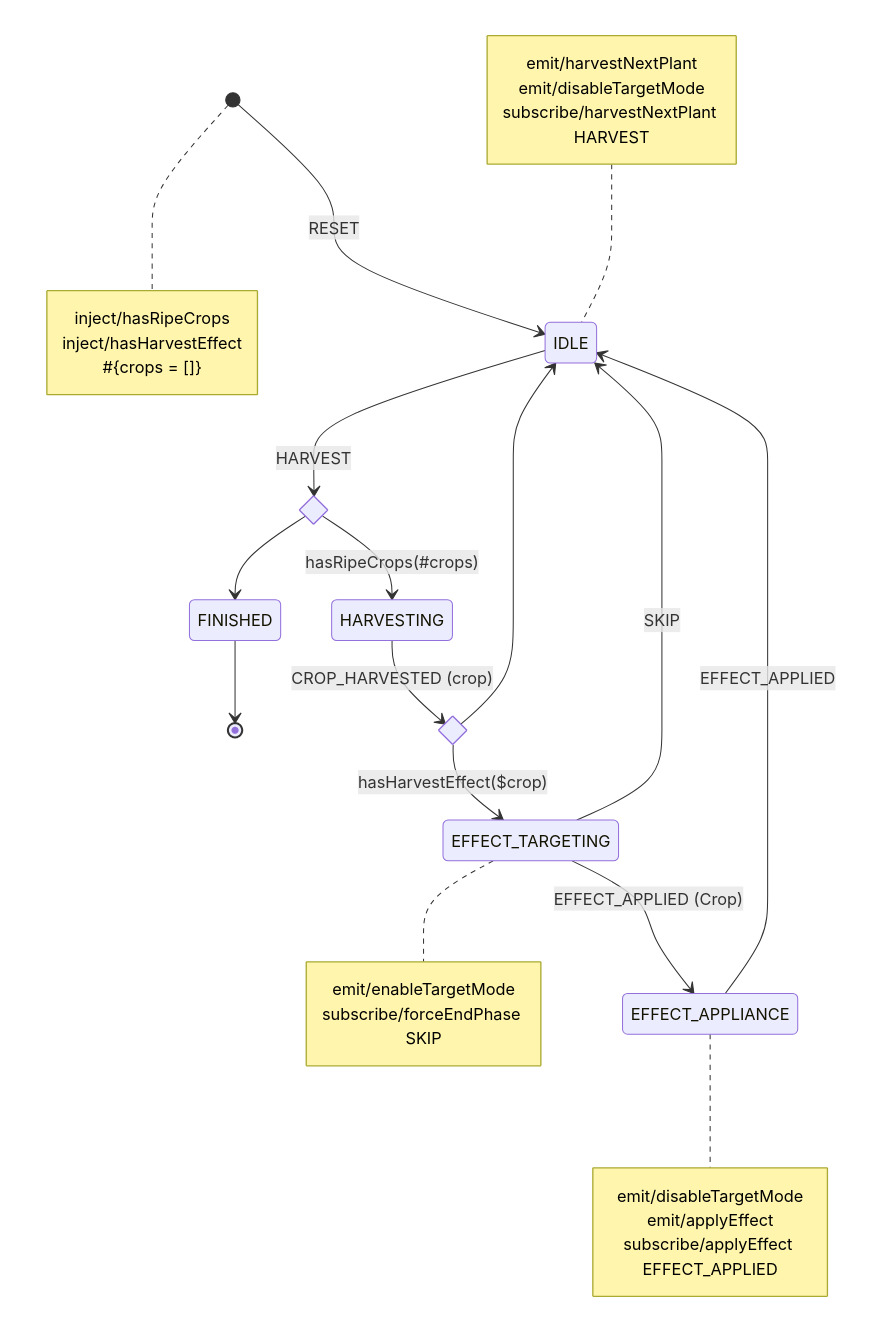
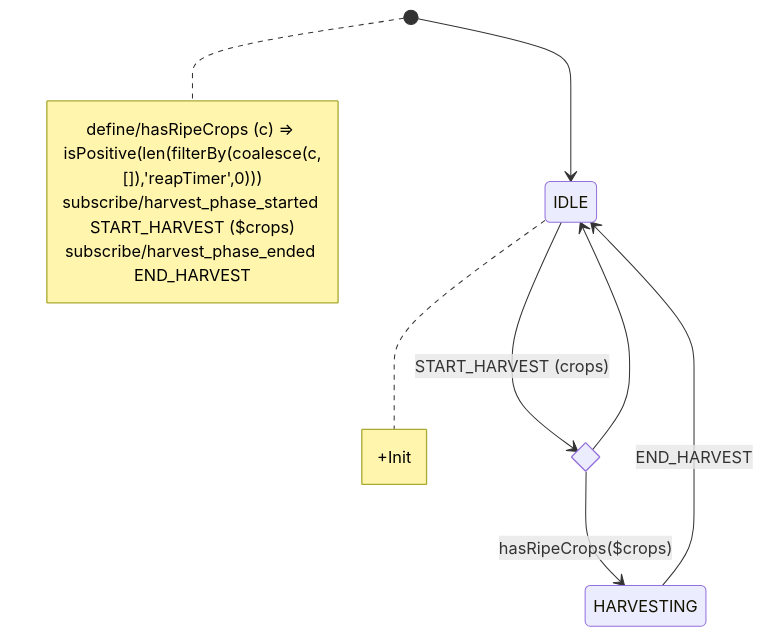
One commit to tfcp68/battle-farm changed the diagram in src/shared/lib/fsm/diagrams/harvest.mermaid. Above: the diagram before and after it, drawn with Mermaid. The commit also changed 9 other files, not shown here.

```diff
--- a/src/shared/lib/fsm/diagrams/harvest.mermaid
+++ b/src/shared/lib/fsm/diagrams/harvest.mermaid
@@ -1,33 +1,17 @@
 stateDiagram-v2
-    [*] --> IDLE: RESET
-    note right of [*]
-        inject/hasRipeCrops
-        inject/hasHarvestEffect
-        #{crops = []}
-    end note
-    note left of IDLE
-        emit/harvestNextPlant
-        emit/disableTargetMode
-        subscribe/harvestNextPlant HARVEST
-    end note
-    state hasRipeCrops <<choice>>
-    IDLE --> hasRipeCrops: HARVEST
-    hasRipeCrops --> HARVESTING: hasRipeCrops(#crops)
-    FINISHED --> [*]
-    hasRipeCrops --> FINISHED
-    state hasHarvestEffect <<choice>>
-    HARVESTING --> hasHarvestEffect: CROP_HARVESTED (crop)
-    hasHarvestEffect --> EFFECT_TARGETING: hasHarvestEffect($crop)
-    hasHarvestEffect --> IDLE
-    note right of EFFECT_TARGETING
-        emit/enableTargetMode
-        subscribe/forceEndPhase SKIP
-    end note
-    EFFECT_TARGETING --> EFFECT_APPLIANCE: EFFECT_APPLIED (Crop)
-    note right of EFFECT_APPLIANCE
-        emit/disableTargetMode
-        emit/applyEffect
-        subscribe/applyEffect EFFECT_APPLIED
-    end note
-    EFFECT_APPLIANCE --> IDLE: EFFECT_APPLIED
-    EFFECT_TARGETING --> IDLE: SKIP
+    [*] --> IDLE
+    state hasCrops <<choice>>
+    IDLE --> hasCrops: START_HARVEST (crops)
+    hasCrops --> HARVESTING: hasRipeCrops($crops)
+    hasCrops --> IDLE
+    HARVESTING --> IDLE: END_HARVEST
+
+note right of IDLE
++Init
+end note
+
+note right of [*]
+define/hasRipeCrops (c) => isPositive(len(filterBy(coalesce(c,[]),'reapTimer',0)))
+subscribe/harvest_phase_started START_HARVEST ($crops)
+subscribe/harvest_phase_ended END_HARVEST
+end note
```
